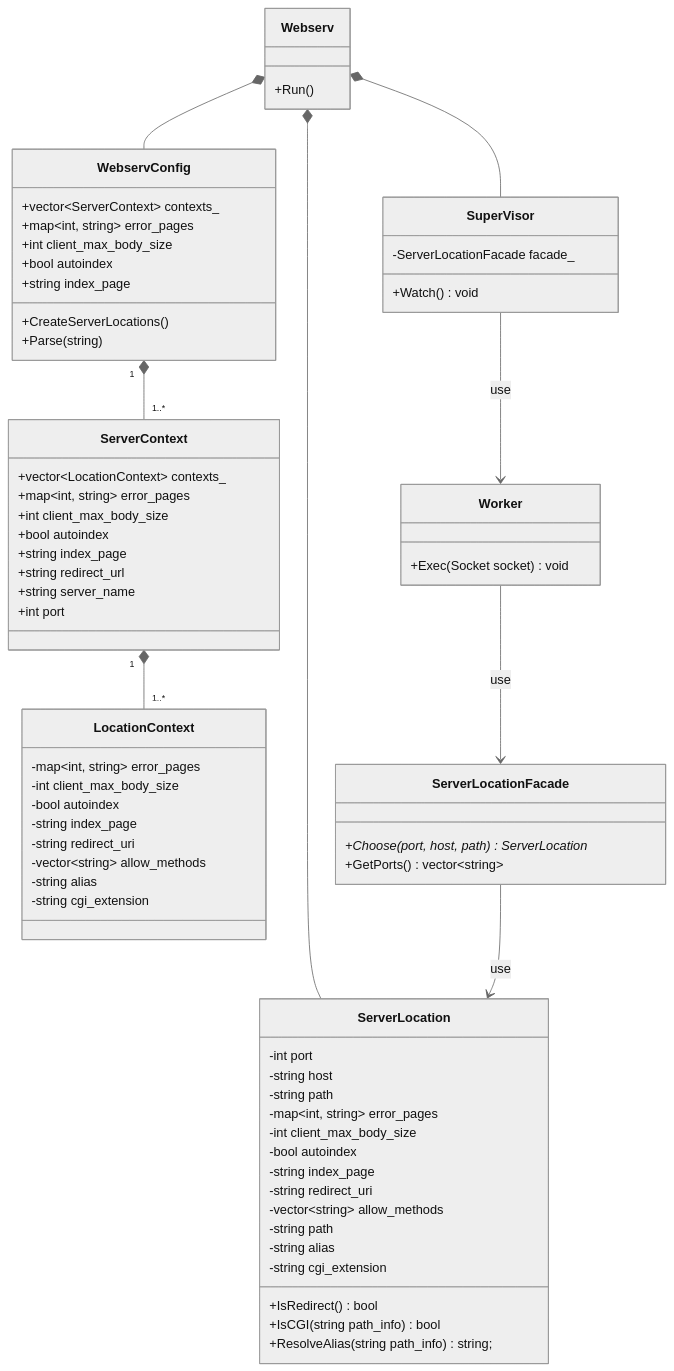
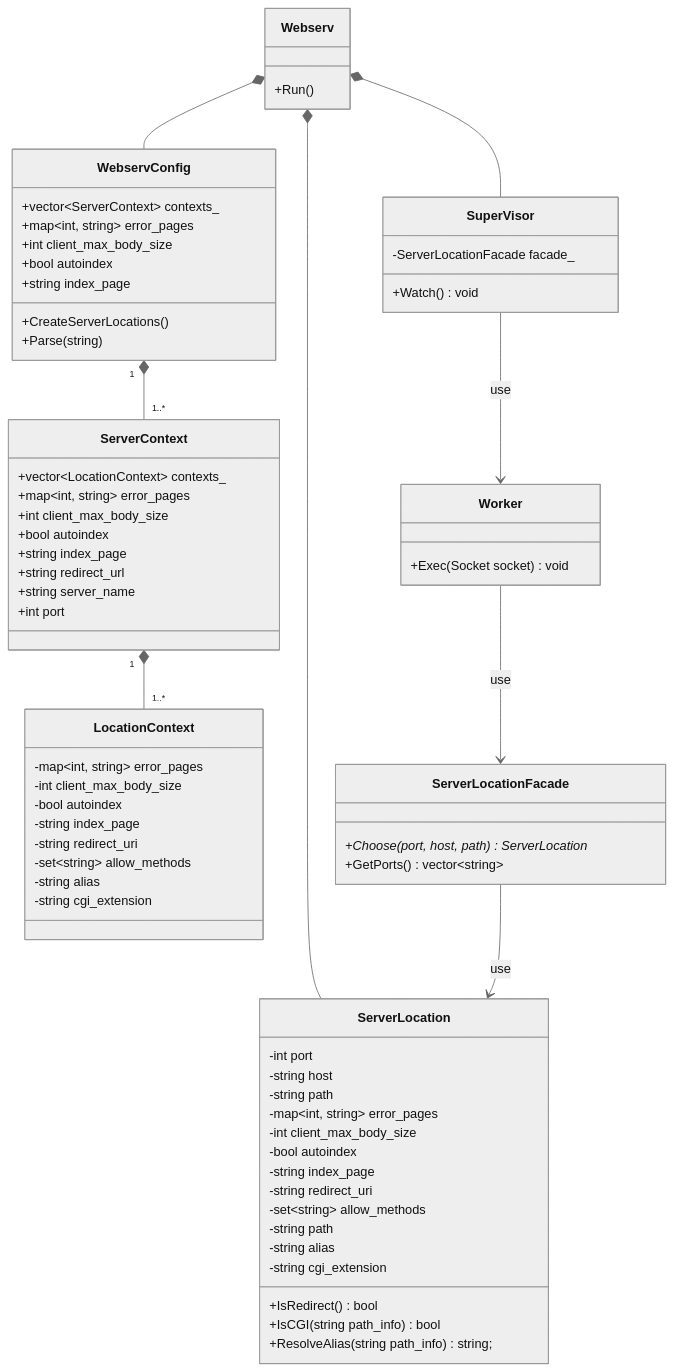
One commit to katataku/webserv changed the diagram in docs/class/config_class.md. Above: the diagram before and after it, drawn with Mermaid (neutral theme). The commit also changed 3 other files, not shown here.

Commit message:
fix: vector->set

```diff
--- a/docs/class/config_class.md
+++ b/docs/class/config_class.md
@@ -37,7 +37,7 @@
         -bool autoindex
         -string index_page
         -string redirect_uri
-        -vector~string~ allow_methods
+        -set~string~ allow_methods
         -string alias
         -string cgi_extension
     }
@@ -74,7 +74,7 @@
         -bool autoindex
         -string index_page
         -string redirect_uri
-        -vector~string~ allow_methods
+        -set~string~ allow_methods
         -string path
         -string alias
         -string cgi_extension
```
